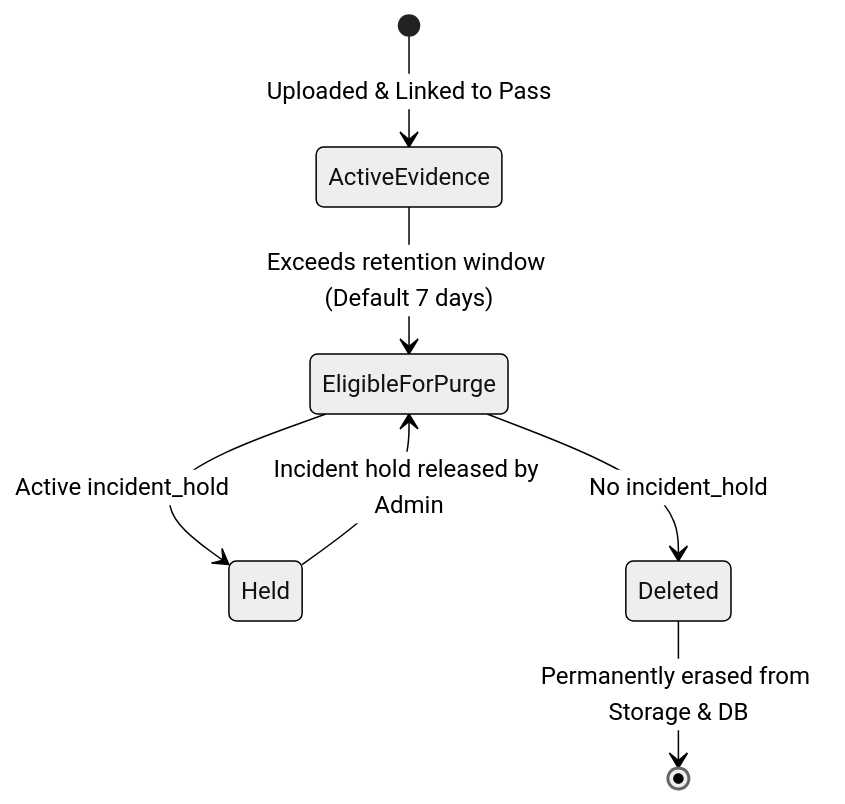
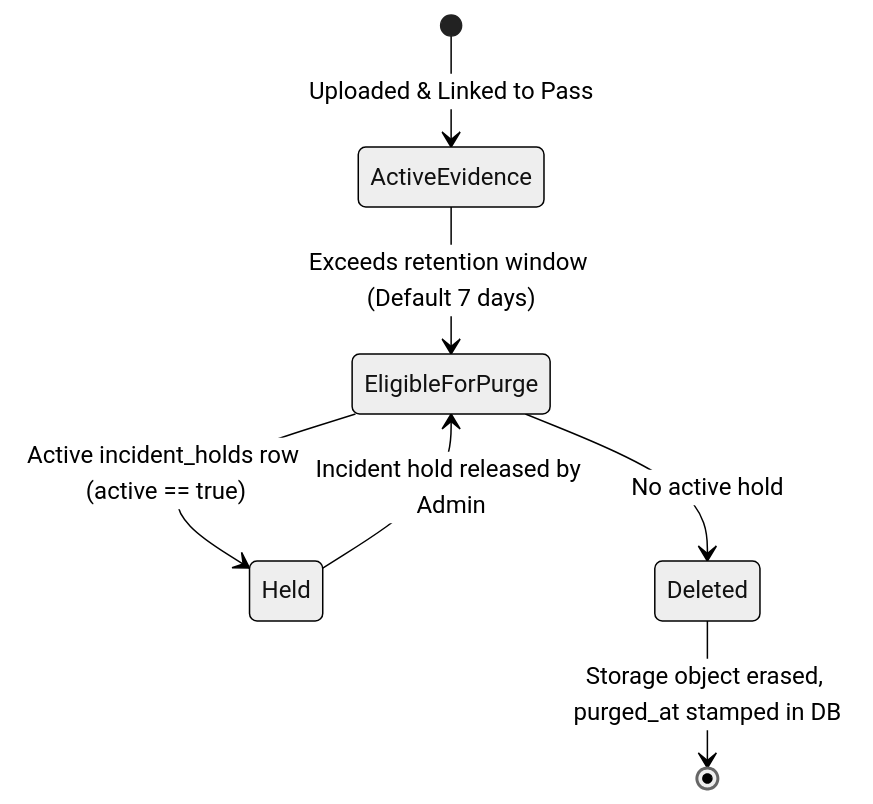
One commit to jsphhbna/egatepass changed the third of 3 diagrams in docs/IMAGE_SECURITY.md. Above: the diagram before and after it, drawn with Mermaid (neutral theme). The commit also changed other lines of this file and 13 other files, not shown here.

Commit message:
docs(truthfulness): repair markdown formatting, mermaid blocks, and architectural truthfulness across all active documentation

````diff
--- a/docs/IMAGE_SECURITY.md
+++ b/docs/IMAGE_SECURITY.md
@@ -89,13 +89,13 @@
 ```mermaid
 stateDiagram-v2
     [*] --> ActiveEvidence: Uploaded & Linked to Pass
 
     ActiveEvidence --> EligibleForPurge: Exceeds retention window (Default 7 days)
 
-    EligibleForPurge --> Held: Active incident_hold
-    EligibleForPurge --> Deleted: No incident_hold
+    EligibleForPurge --> Held: Active incident_holds row (active == true)
+    EligibleForPurge --> Deleted: No active hold
 
     Held --> EligibleForPurge: Incident hold released by Admin
 
-    Deleted --> [*]: Permanently erased from Storage & DB
+    Deleted --> [*]: Storage object erased, purged_at stamped in DB
 ```
````
